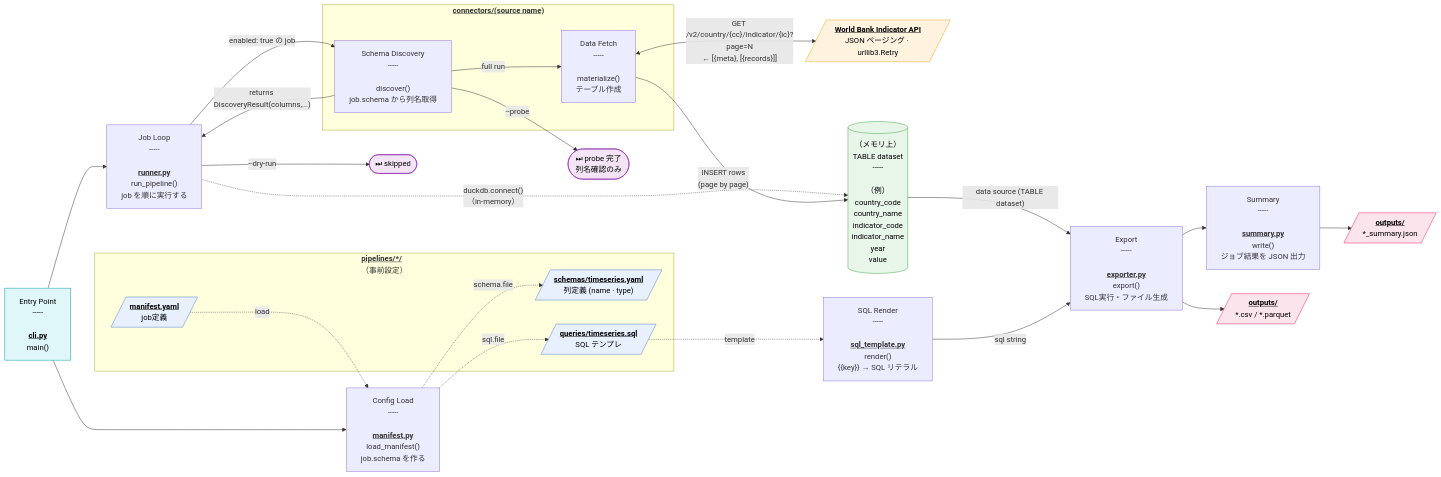
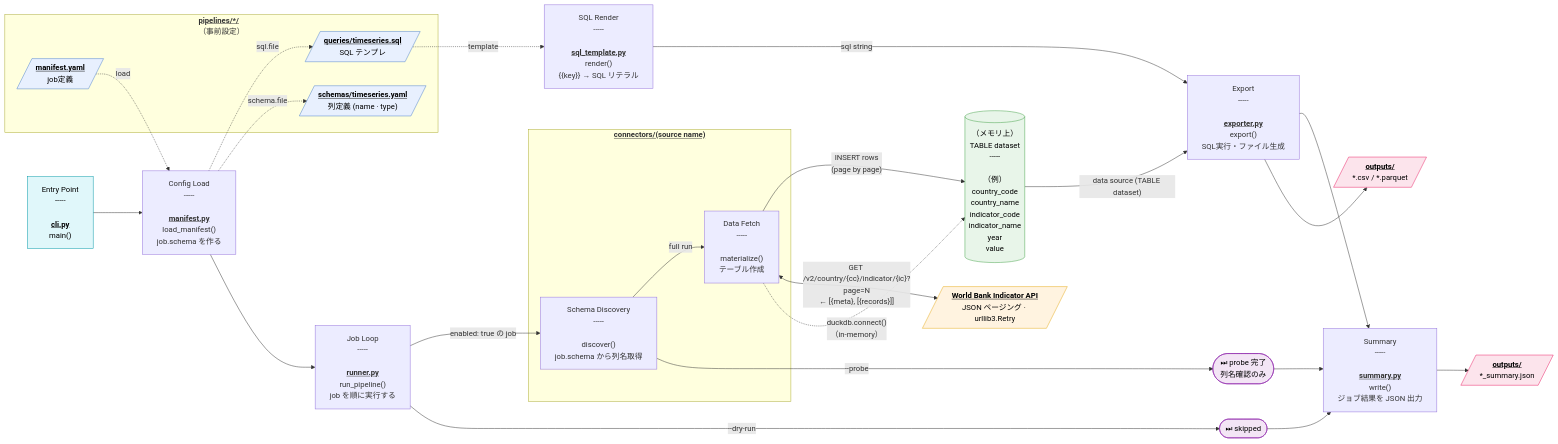
One commit to azu-azu/api-bulk-downloader changed the diagram in README.md. Above: the diagram before and after it, drawn with Mermaid.

Commit message:
Adjust data flow diagram sequencing
Refine the Mermaid flowchart to show manifest loading before the job
loop, move DuckDB connection to the materialize step, and route skipped
or probed runs through summary output. This better matches the actual
execution flow and summary generation behavior.

````diff
--- a/README.md
+++ b/README.md
@@ -204,76 +204,77 @@
 ```mermaid
 flowchart LR
     CLI["Entry Point<br>-----<br><br><u><b>cli.py</b></u><br>main()"]
 
     RUN["Job Loop<br>-----<br><br><u><b>runner.py</b></u><br>run_pipeline()<br>job を順に実行する"]
 
     MAN["Config Load<br>-----<br><br><u><b>manifest.py</b></u><br>load_manifest()<br>job.schema を作る"]
 
     %% inputs (auxiliary)
     subgraph PRE ["<u><b>pipelines/*/</b></u><br>（事前設定）"]
         MF[/"<u><b>manifest.yaml</b></u><br>job定義"/]
         SCH[/"<u><b>schemas/timeseries.yaml</b></u><br>列定義 (name · type)"/]
         SQL_FILE[/"<u><b>queries/timeseries.sql</b></u><br>SQL テンプレ"/]
     end
 
     SKIP(["⏭ skipped"])
 
     subgraph CONN ["<u><b>connectors/(source name)</b></u>"]
         DISC["Schema Discovery<br>-----<br><br>discover()<br>job.schema から列名取得"]
         MAT["Data Fetch<br>-----<br><br>materialize()<br>テーブル作成"]
     end
 
     PROBED(["⏭ probe 完了<br>列名確認のみ"])
 
     WB[/"<u><b>World Bank Indicator API</b></u><br>JSON ページング · urllib3.Retry"/]
 
     DS[("（メモリ上）<br>TABLE dataset<br>-----<br><br>（例）<br>country_code<br>country_name<br>indicator_code<br>indicator_name<br>year<br>value")]
 
     RENDER["SQL Render<br>-----<br><br><u><b>sql_template.py</b></u><br>render()<br>{{key}} → SQL リテラル"]
 
     EXPORT["Export<br>-----<br><br><u><b>exporter.py</b></u><br>export()<br>SQL実行・ファイル生成"]
 
     SUM["Summary<br>-----<br><br><u><b>summary.py</b></u><br>write()<br>ジョブ結果を JSON 出力"]
 
     OUT_DATA[/"<u><b>outputs/</b></u><br>*.csv / *.parquet"/]
     OUT_SUM[/"<u><b>outputs/</b></u><br>*_summary.json"/]
 
     %% main flow
     CLI --> MAN
-    CLI --> RUN
+    MAN --> RUN
     MF -.->|"load"| MAN
     MAN -.->|"schema.file"| SCH
     MAN -.->|"sql.file"| SQL_FILE
 
     RUN -->|"--dry-run"| SKIP
     RUN -->|"enabled: true の job"| DISC
-    RUN -.->|"duckdb.connect()<br>（in-memory）"| DS
 
-    DISC -->|"returns DiscoveryResult(columns,...)"| RUN
     DISC -->|"--probe"| PROBED
     DISC -->|"full run"| MAT
 
+    MAT -.->|"duckdb.connect()<br>（in-memory）"| DS
     MAT <-->|"GET /v2/country/{cc}/indicator/{ic}?page=N<br>← [{meta}, [{records}]]"| WB
     MAT -->|"INSERT rows<br>(page by page)"| DS
 
     DS -->|"data source (TABLE dataset)"| EXPORT
     SQL_FILE -.->|"template"| RENDER
     RENDER -->|"sql string"| EXPORT
     EXPORT --> OUT_DATA
     EXPORT --> SUM
+    SKIP --> SUM
+    PROBED --> SUM
     SUM --> OUT_SUM
 
     classDef entry fill:#e0f7fa,stroke:#0097a7,color:#000
     classDef file  fill:#e8f0fe,stroke:#4a7fcb,color:#000
     classDef ext   fill:#fff3e0,stroke:#e6a817,color:#000
     classDef db    fill:#e8f5e9,stroke:#43a047,color:#000
     classDef term  fill:#f3e5f5,stroke:#8e24aa,color:#000
     classDef out   fill:#fce4ec,stroke:#e91e63,color:#000
 
     class CLI entry
     class MF,SCH,SQL_FILE file
     class WB ext
     class DS db
     class SKIP,PROBED term
     class OUT_DATA,OUT_SUM out
 ```
````
